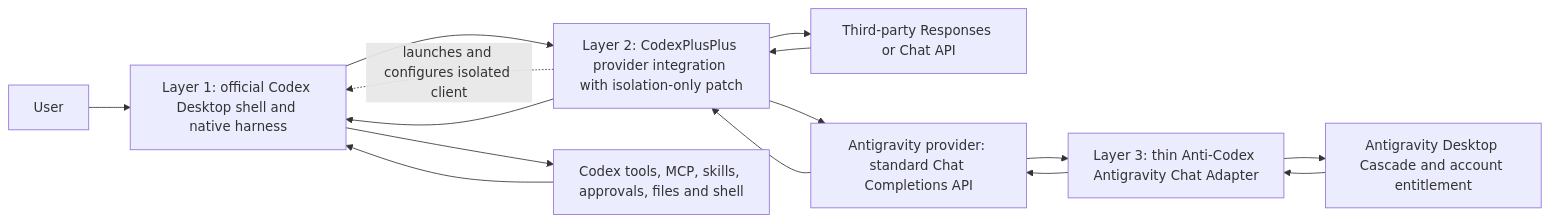
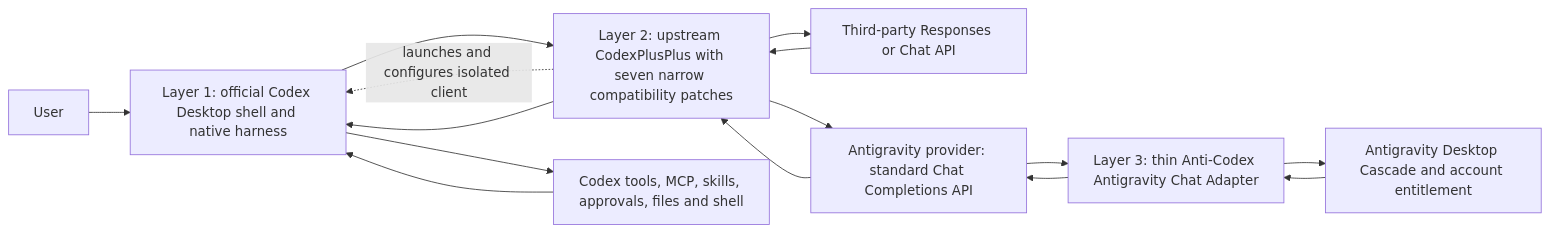
One commit to saerda8/Anti-Codex changed the diagram in docs/THREE_LAYER_ARCHITECTURE.md. Above: the diagram before and after it, drawn with Mermaid. The commit also changed other lines of this file and 139 other files, not shown here.

````diff
--- a/docs/THREE_LAYER_ARCHITECTURE.md
+++ b/docs/THREE_LAYER_ARCHITECTURE.md
@@ -12,14 +12,14 @@
 ```mermaid
 flowchart LR
     U["User"] --> C["Layer 1: official Codex Desktop shell and native harness"]
-    P["Layer 2: CodexPlusPlus provider integration with isolation-only patch"] -. "launches and configures isolated client" .-> C
+    P["Layer 2: upstream CodexPlusPlus with seven narrow compatibility patches"] -. "launches and configures isolated client" .-> C
     C --> P
     P --> X["Third-party Responses or Chat API"]
     X --> P
     P --> H["Antigravity provider: standard Chat Completions API"]
     H --> A["Layer 3: thin Anti-Codex Antigravity Chat Adapter"]
     A --> G["Antigravity Desktop Cascade and account entitlement"]
     G --> A --> H --> P --> C
     C --> T["Codex tools, MCP, skills, approvals, files and shell"]
     T --> C
 ```
````
